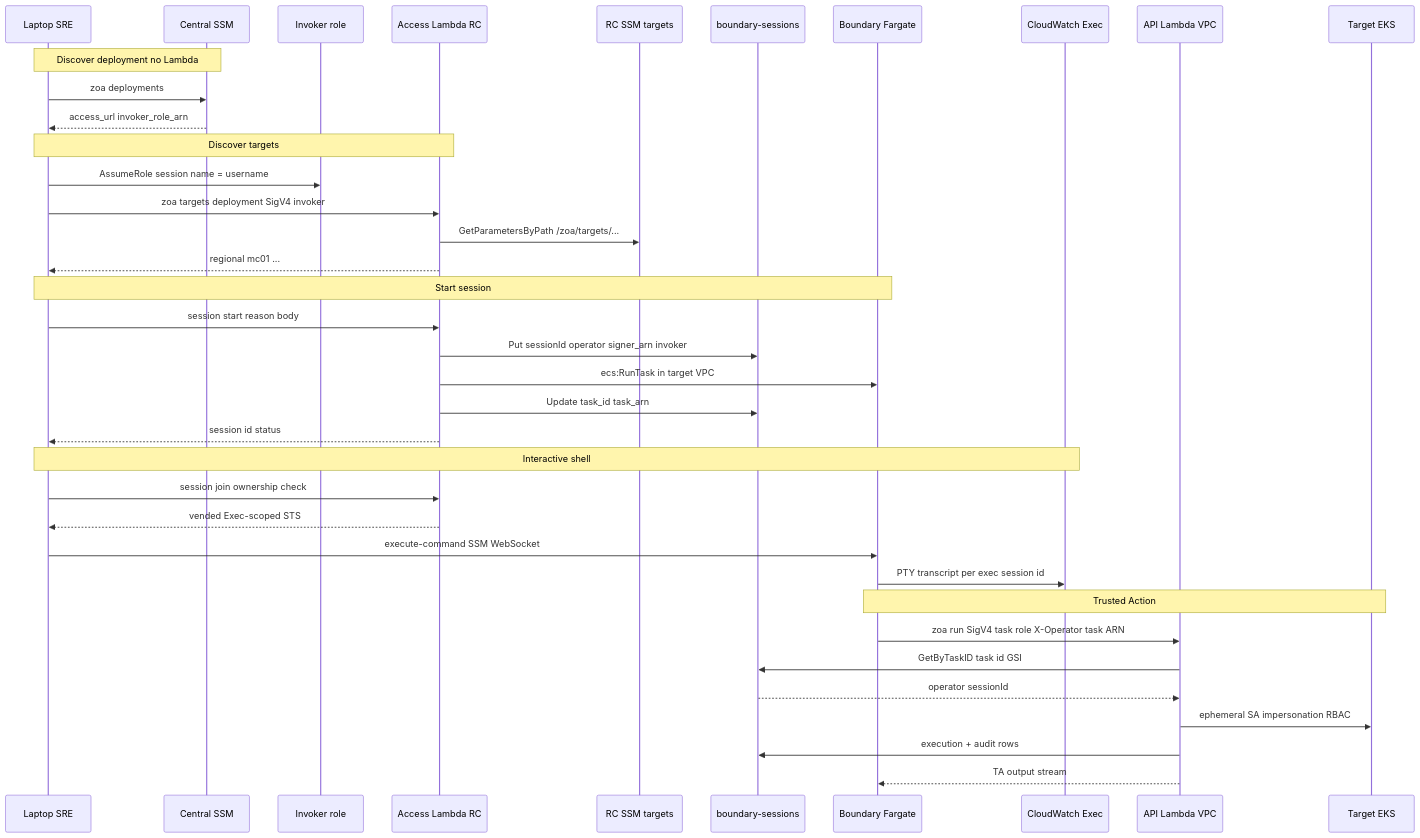
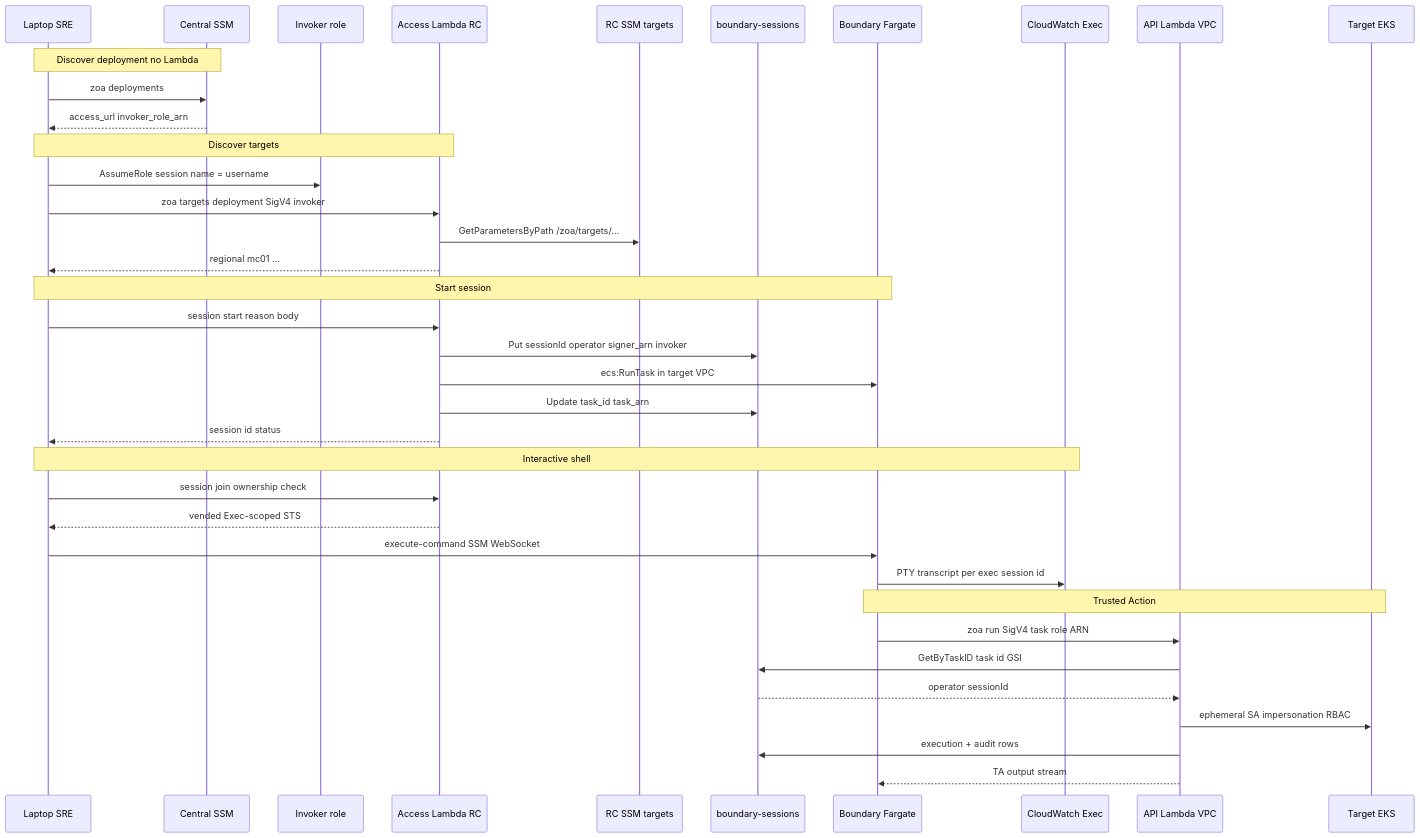
The first of 2 diagrams in docs/guides/operator-workflow.md (Alcamech/rosa-hyperfleet-zoa), drawn with Mermaid before and after one commit. The commit also changed other lines of this file and 7 other files, not shown here.

````diff
--- a/docs/guides/operator-workflow.md
+++ b/docs/guides/operator-workflow.md
@@ -73,44 +73,44 @@
 ```mermaid
 sequenceDiagram
   participant SRE as Laptop SRE
   participant Central as Central SSM
   participant Invoker as Invoker role
   participant Access as Access Lambda RC
   participant RC as RC SSM targets
   participant DDB as boundary-sessions
   participant ECS as Boundary Fargate
   participant CW as CloudWatch Exec
   participant API as API Lambda VPC
   participant EKS as Target EKS
 
   Note over SRE,Central: Discover deployment no Lambda
   SRE->>Central: zoa deployments
   Central-->>SRE: access_url invoker_role_arn
 
   Note over SRE,Access: Discover targets
   SRE->>Invoker: AssumeRole session name = username
   SRE->>Access: zoa targets deployment SigV4 invoker
   Access->>RC: GetParametersByPath /zoa/targets/...
   Access-->>SRE: regional mc01 ...
 
   Note over SRE,ECS: Start session
   SRE->>Access: session start reason body
   Access->>DDB: Put sessionId operator signer_arn invoker
   Access->>ECS: ecs:RunTask in target VPC
   Access->>DDB: Update task_id task_arn
   Access-->>SRE: session id status
 
   Note over SRE,CW: Interactive shell
   SRE->>Access: session join ownership check
   Access-->>SRE: vended Exec-scoped STS
   SRE->>ECS: execute-command SSM WebSocket
   ECS->>CW: PTY transcript per exec session id
 
   Note over ECS,EKS: Trusted Action
-  ECS->>API: zoa run SigV4 task role X-Operator task ARN
+  ECS->>API: zoa run SigV4 task role ARN
   API->>DDB: GetByTaskID task id GSI
   DDB-->>API: operator sessionId
   API->>EKS: ephemeral SA impersonation RBAC
   API->>DDB: execution + audit rows
   API-->>ECS: TA output stream
 ```
````
